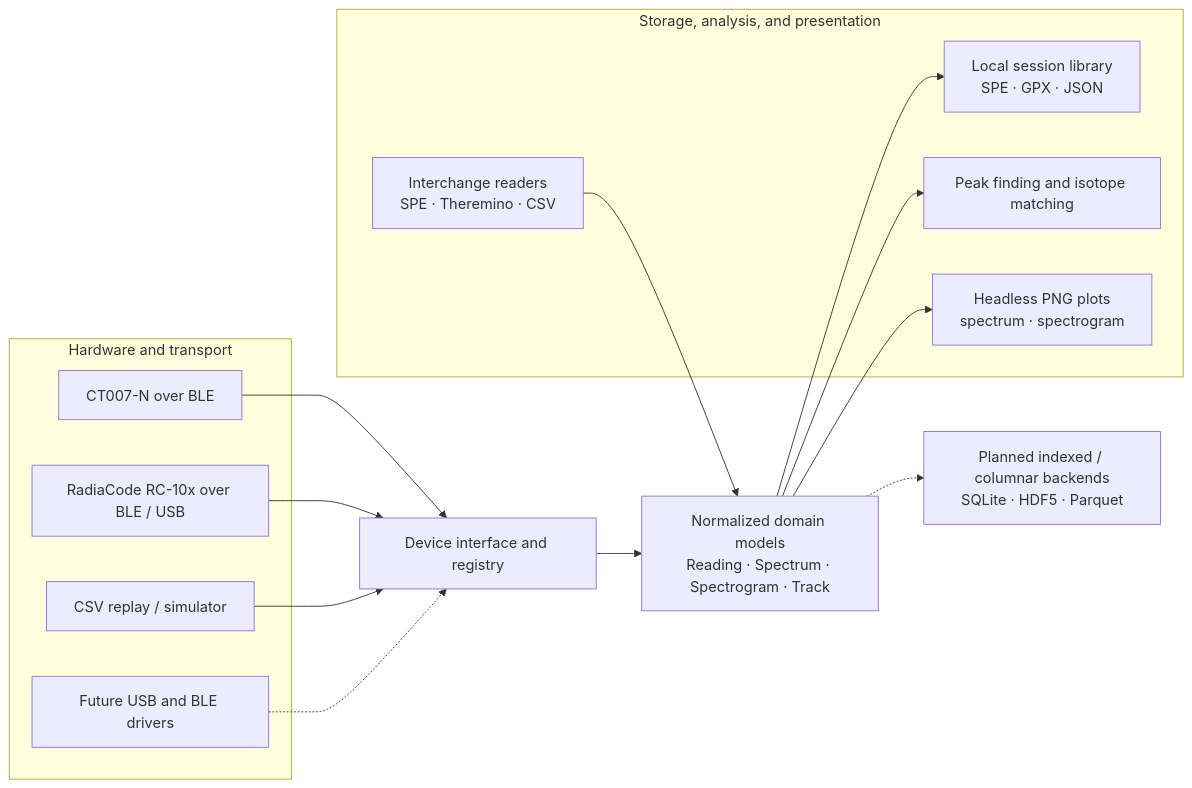
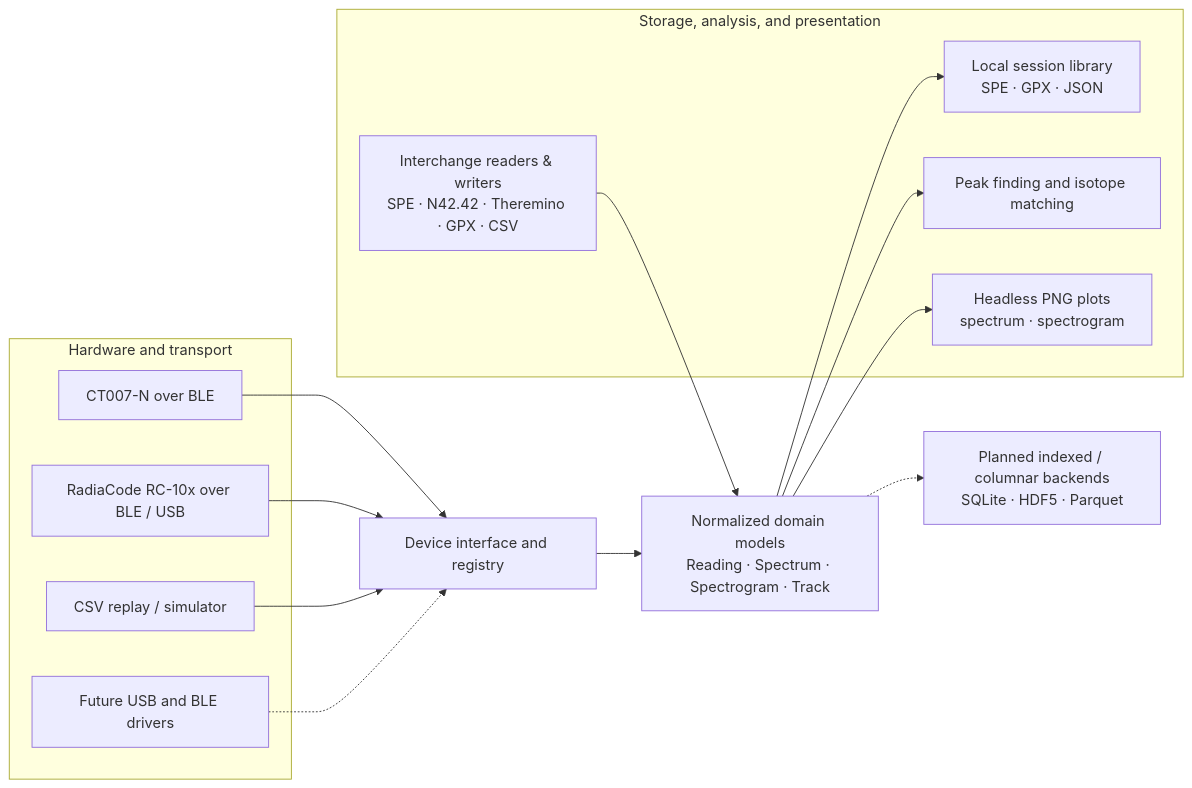
The diagram in README.md (nulvox/openrad), drawn with Mermaid before and after one commit. The commit also changed other lines of this file and 9 other files, not shown here.

````diff
--- a/README.md
+++ b/README.md
@@ -49,32 +49,32 @@
 ```mermaid
 flowchart LR
     subgraph Sources[Hardware and transport]
         BLE[CT007-N over BLE]
         RC[RadiaCode RC-10x over BLE / USB]
         CSV[CSV replay / simulator]
         FUTURE[Future USB and BLE drivers]
     end
 
     DEVICE[Device interface and registry]
     MODELS[Normalized domain models<br/>Reading · Spectrum · Spectrogram · Track]
 
     subgraph Outputs[Storage, analysis, and presentation]
         LIB[Local session library<br/>SPE · GPX · JSON]
-        IMPORT[Interchange readers<br/>SPE · Theremino · CSV]
+        IMPORT[Interchange readers & writers<br/>SPE · N42.42 · Theremino · GPX · CSV]
         ANALYSIS[Peak finding and isotope matching]
         VIZ[Headless PNG plots<br/>spectrum · spectrogram]
     end
 
     PLANNED[Planned indexed / columnar backends<br/>SQLite · HDF5 · Parquet]
 
     BLE --> DEVICE
     RC --> DEVICE
     CSV --> DEVICE
     FUTURE -.-> DEVICE
     DEVICE --> MODELS
     IMPORT --> MODELS
     MODELS --> LIB
     MODELS --> ANALYSIS
     MODELS --> VIZ
     MODELS -.-> PLANNED
 ```
````
